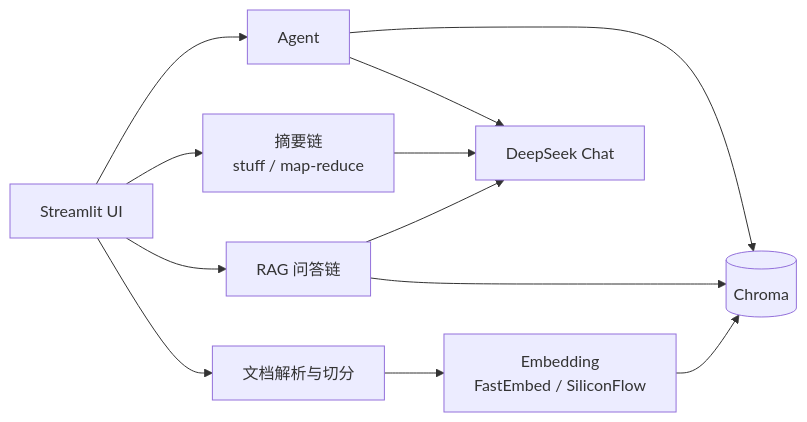
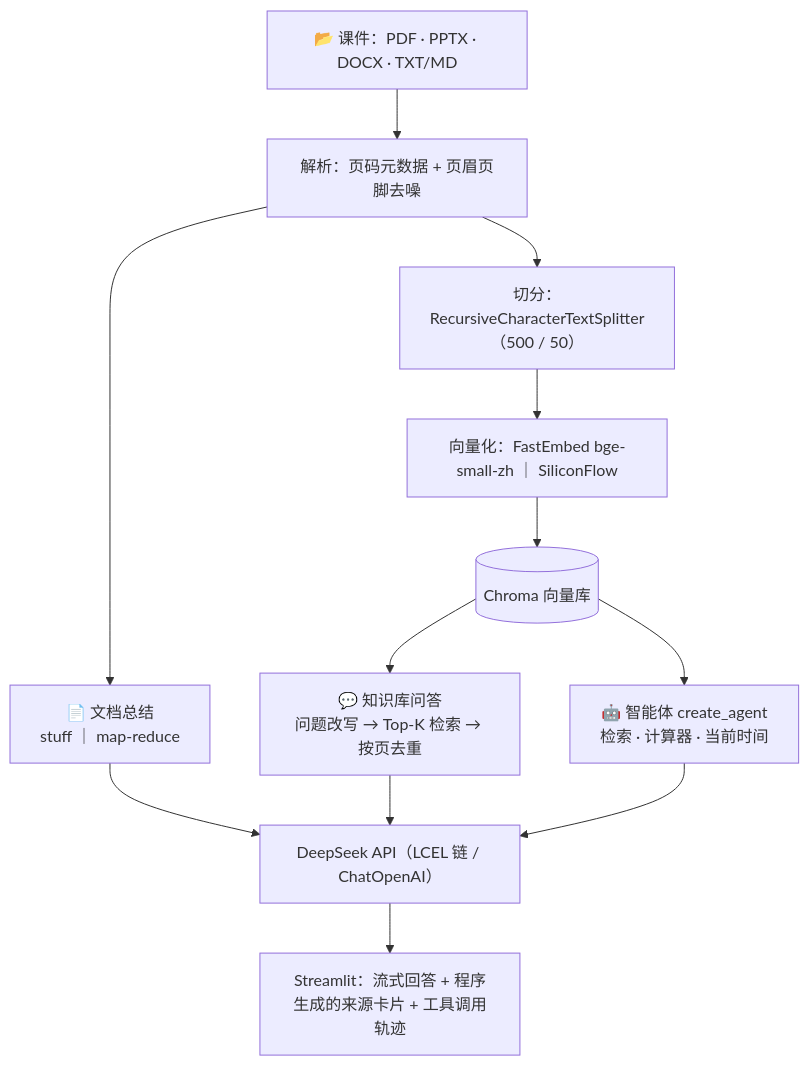
The first of 2 diagrams in README.md (maoruiqi-hub/course-rag-ta), drawn with Mermaid before and after one commit. The commit also changed other lines of this file and 11 other files, not shown here.

````diff
--- a/README.md
+++ b/README.md
@@ -55,14 +122,16 @@
 ```mermaid
-flowchart LR
-    U[Streamlit UI] --> D[文档解析与切分]
-    D --> E[Embedding<br/>FastEmbed / SiliconFlow]
-    E --> C[(Chroma)]
-    U --> S[摘要链<br/>stuff / map-reduce]
-    U --> Q[RAG 问答链]
-    Q --> C
-    Q --> L[DeepSeek Chat]
-    S --> L
-    U --> A[Agent]
-    A --> C
-    A --> L
+flowchart TB
+    F["📂 课件：PDF · PPTX · DOCX · TXT/MD"] --> P["解析：页码元数据 + 页眉页脚去噪"]
+    P --> S["切分：RecursiveCharacterTextSplitter（500 / 50）"]
+    S --> E["向量化：FastEmbed bge-small-zh ｜ SiliconFlow"]
+    E --> C[("Chroma 向量库")]
+
+    P --> SUM["📄 文档总结<br/>stuff ｜ map-reduce"]
+    C --> QA["💬 知识库问答<br/>问题改写 → Top-K 检索 → 按页去重"]
+    C --> AG["🤖 智能体 create_agent<br/>检索 · 计算器 · 当前时间"]
+
+    SUM --> L["DeepSeek API（LCEL 链 / ChatOpenAI）"]
+    QA --> L
+    AG --> L
+    L --> O["Streamlit：流式回答 + 程序生成的来源卡片 + 工具调用轨迹"]
 ```
````
